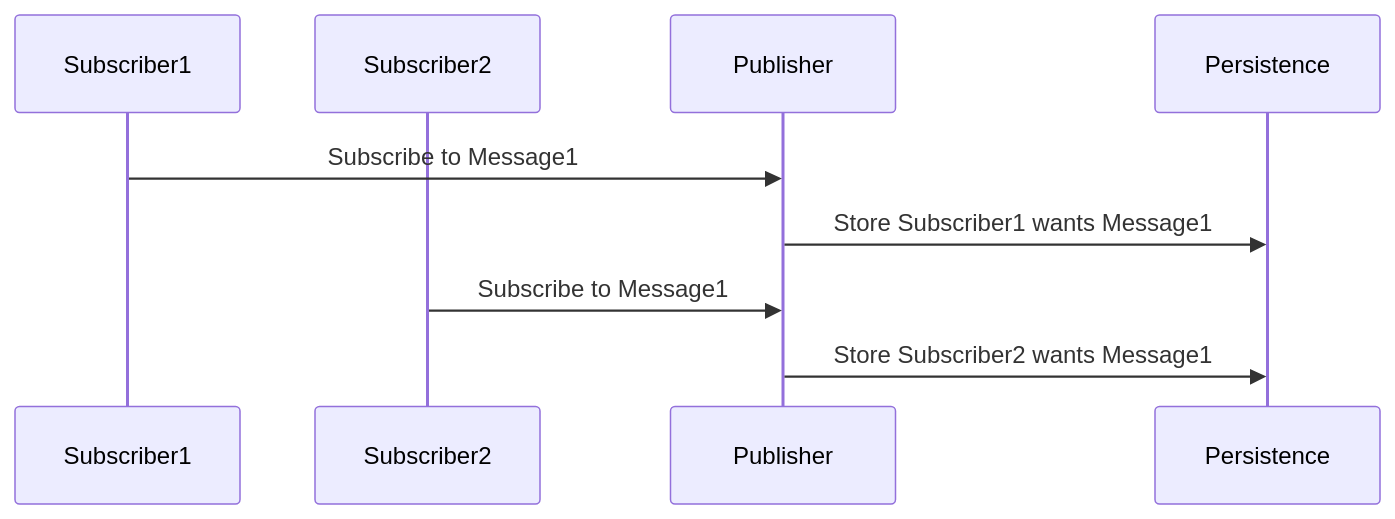
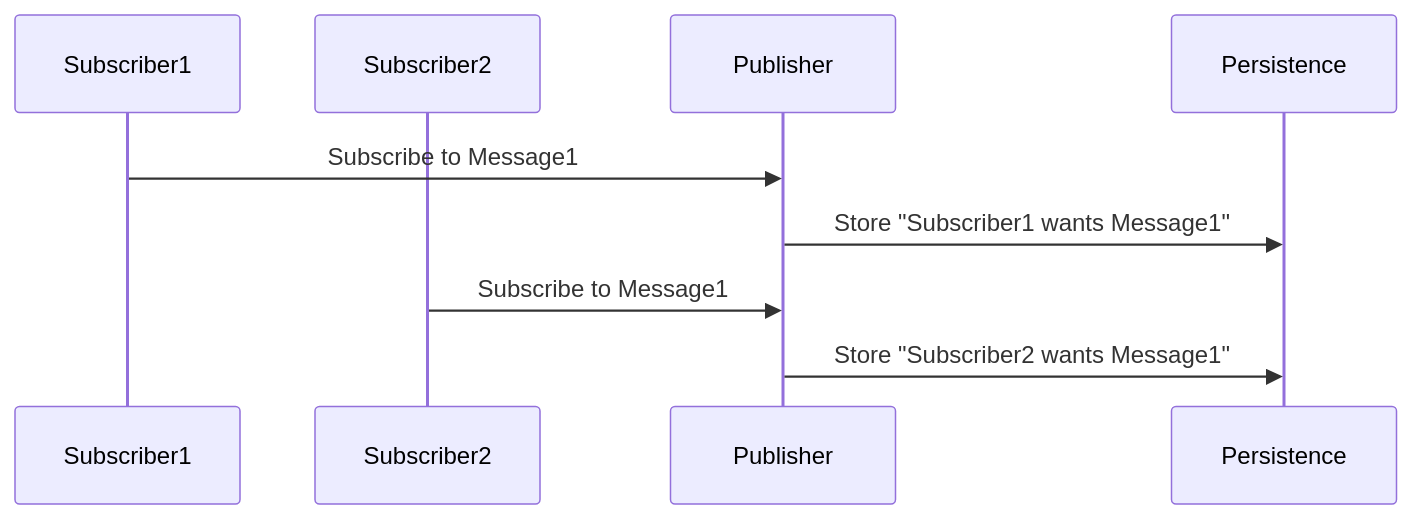
One commit to Particular/docs.particular.net changed the first of 4 diagrams in nservicebus/messaging/publish-subscribe/index.md. Above: the diagram before and after it, drawn with Mermaid. The commit also changed other lines of this file, not shown here.

Commit message:
missing quotes

````diff
--- a/nservicebus/messaging/publish-subscribe/index.md
+++ b/nservicebus/messaging/publish-subscribe/index.md
@@ -64,10 +64,10 @@
 ```mermaid
 sequenceDiagram
 
 Participant Subscriber1 As Subscriber1
 Participant Subscriber2 As Subscriber2
 Subscriber1 ->> Publisher: Subscribe to Message1
-Publisher ->> Persistence: Store Subscriber1 wants Message1
+Publisher ->> Persistence: Store "Subscriber1 wants Message1"
 Subscriber2 ->> Publisher: Subscribe to Message1
-Publisher ->> Persistence: Store Subscriber2 wants Message1
+Publisher ->> Persistence: Store "Subscriber2 wants Message1"
 ```
````
